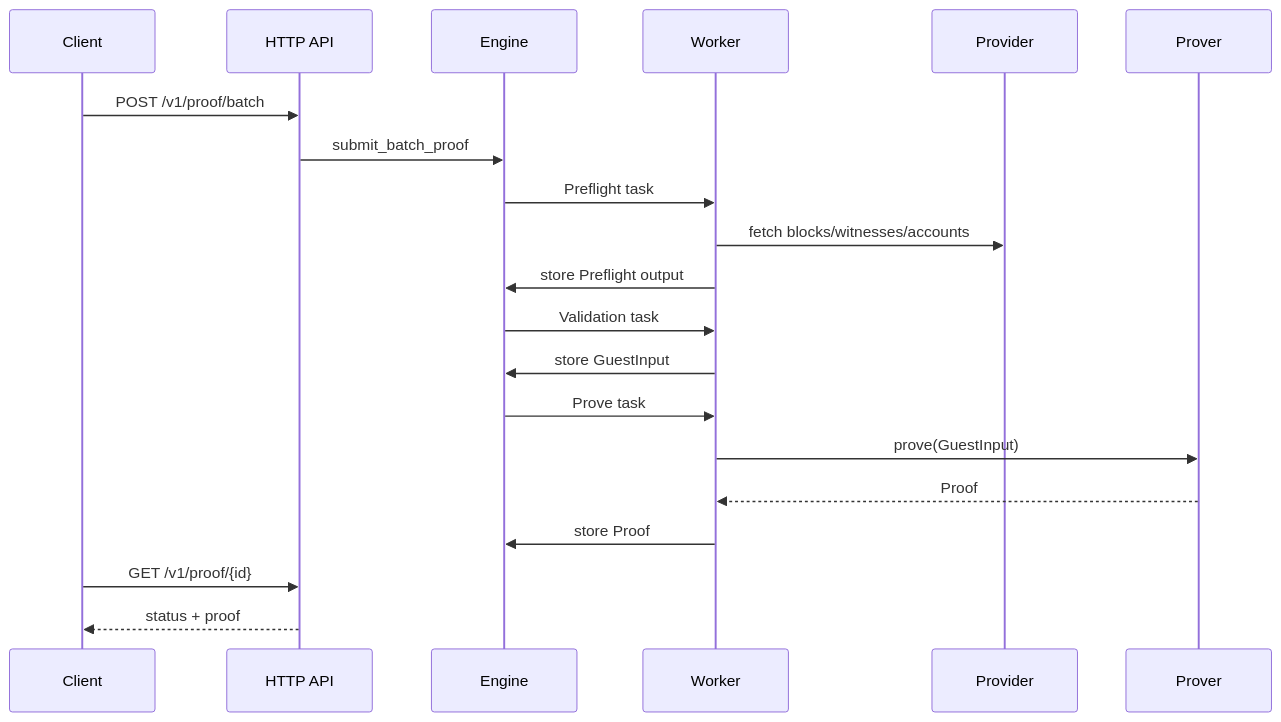
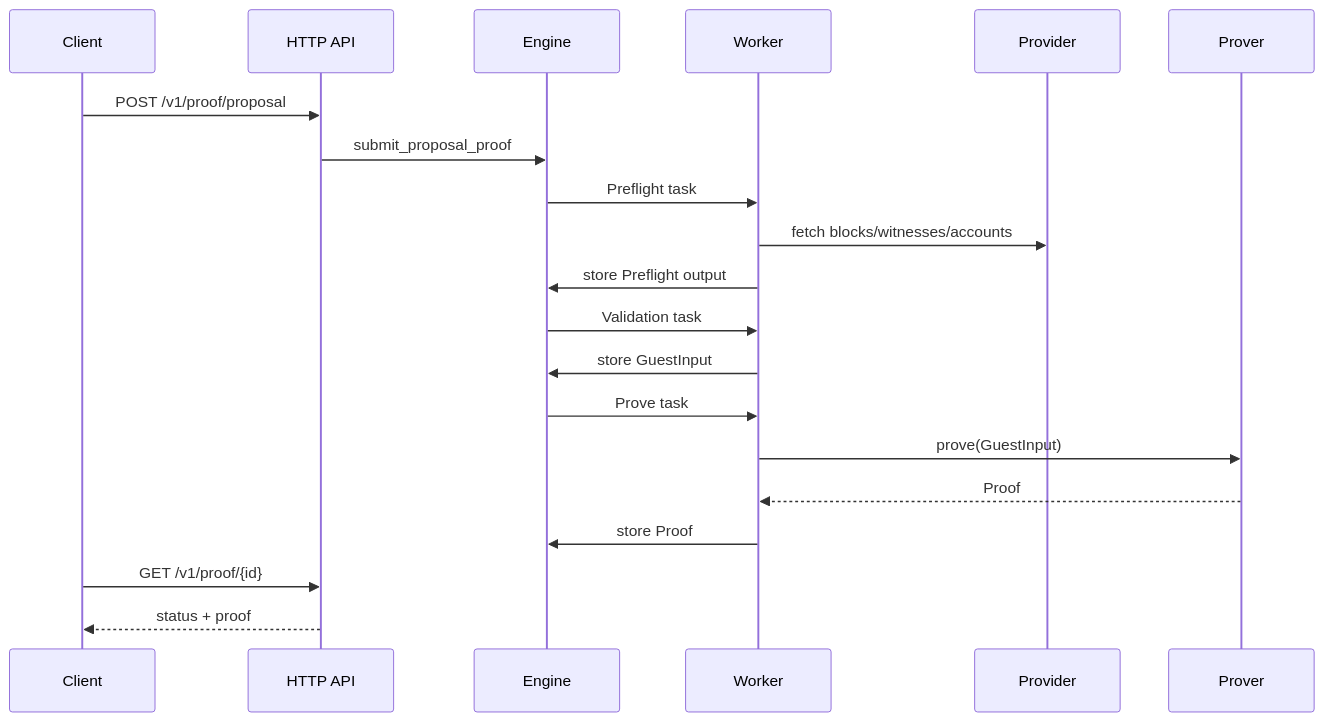
The fourth of 4 diagrams in README.md (taikoxyz/raiko2), drawn with Mermaid before and after one commit. The commit also changed 18 other files, not shown here.

First line of the commit message:
feat: Refactor batch proof handling to proposal proof

````diff
--- a/README.md
+++ b/README.md
@@ -91,23 +91,23 @@
 ```mermaid
 sequenceDiagram
   participant C as Client
   participant API as HTTP API
   participant Q as Engine
   participant W as Worker
   participant P as Provider
   participant Z as Prover
 
-  C->>API: POST /v1/proof/batch
-  API->>Q: submit_batch_proof
+  C->>API: POST /v1/proof/proposal
+  API->>Q: submit_proposal_proof
   Q->>W: Preflight task
   W->>P: fetch blocks/witnesses/accounts
   W->>Q: store Preflight output
   Q->>W: Validation task
   W->>Q: store GuestInput
   Q->>W: Prove task
   W->>Z: prove(GuestInput)
   Z-->>W: Proof
   W->>Q: store Proof
   C->>API: GET /v1/proof/{id}
   API-->>C: status + proof
 ```
````
